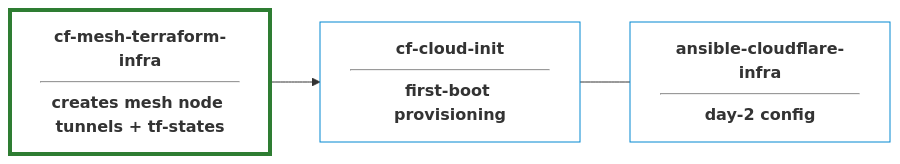
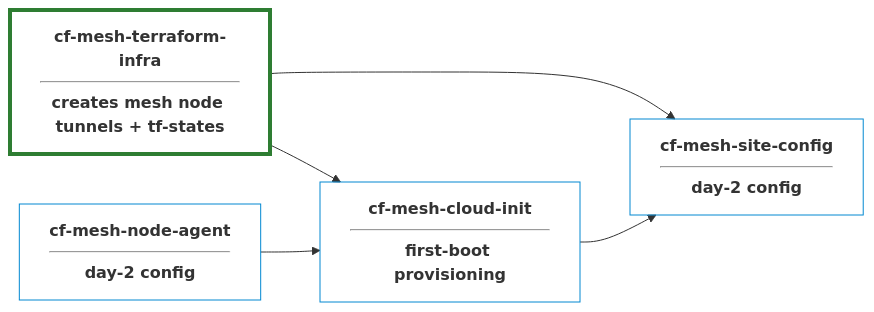
Before and after one commit to prometejs/cf-mesh-terraform-infra: the diagram in README.md, drawn with Mermaid.

Commit message:
update flow diagram

````diff
--- a/README.md
+++ b/README.md
@@ -7,20 +7,24 @@
 ```mermaid
 graph LR
     %% Style definitions
     classDef default fill:transparent,stroke:#333,stroke-width:1px;
     classDef linkNode fill:transparent,stroke:#0288d1,stroke-width:1px,font-weight:bold;
     classDef activeLinkNodeClass fill:transparent,stroke:#2e7d32,stroke-width:4px,font-weight:bold;
 
     %% Diagram nodes
     T["cf-mesh-terraform-infra<br/><hr/>creates mesh node tunnels + tf-states"]:::activeLinkNodeClass
-    C["cf-cloud-init<br/><hr/>first-boot provisioning"]:::linkNode
-    A["ansible-cloudflare-infra<br/><hr/>day-2 config"]:::linkNode
+    C["cf-mesh-cloud-init<br/><hr/>first-boot provisioning"]:::linkNode
+    A["cf-mesh-site-config<br/><hr/>day-2 config"]:::linkNode
+    N["cf-mesh-node-agent<br/><hr/>day-2 config"]:::linkNode
 
     %% Flow connections with text notes
     T --> C
-    C --- A
+    T --> A
+    C --> A
+    N --> C
 
     %% Clickable hyperlinks (Fixed with 'href')
     click C href "https://github.com/prometejs/cf-mesh-cloud-init" "Open Cloud-Init Repo"
     click A href "https://github.com/prometejs/cf-mesh-site-config" "Open Ansible Repo"
+    click N href "https://github.com/prometejs/cf-mesh-node-agent" "Node Agent Repo"
 ```
````
